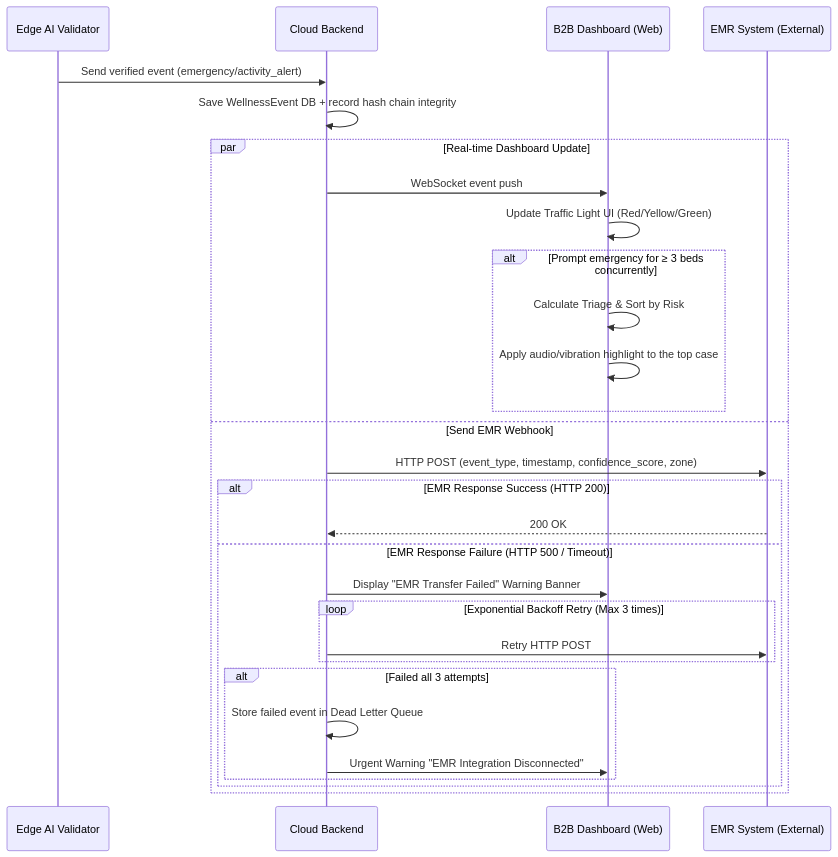
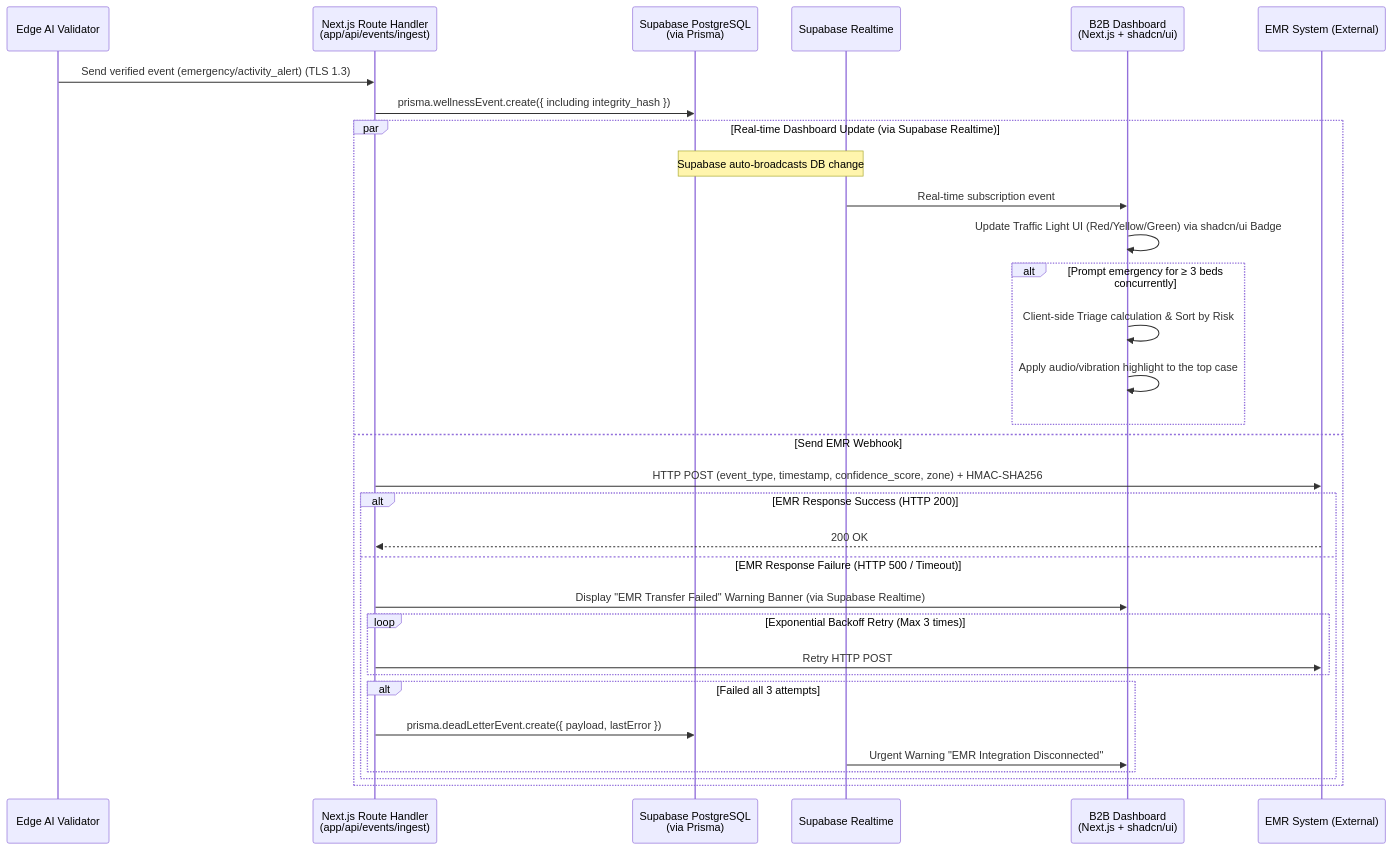
One commit to bugsmile/SRS-from-PRD_AmbieCARE changed the fourth of 11 diagrams in SRS-Draft/SRS_v01(ENG_OPUS).md. Above: the diagram before and after it, drawn with Mermaid. The commit also changed other lines of this file and 4 other files, not shown here.

````diff
--- a/SRS-Draft/SRS_v01(ENG_OPUS).md
+++ b/SRS-Draft/SRS_v01(ENG_OPUS).md
@@ -281,33 +349,36 @@
 ```mermaid
 sequenceDiagram
     participant E as Edge AI Validator
-    participant C as Cloud Backend
-    participant D as B2B Dashboard (Web)
+    participant API as Next.js Route Handler<br/>(app/api/events/ingest)
+    participant DB as Supabase PostgreSQL<br/>(via Prisma)
+    participant RT as Supabase Realtime
+    participant D as B2B Dashboard<br/>(Next.js + shadcn/ui)
     participant EMR as EMR System (External)
 
-    E->>C: Send verified event (emergency/activity_alert)
-    C->>C: Save WellnessEvent DB + record hash chain integrity
+    E->>API: Send verified event (emergency/activity_alert) (TLS 1.3)
+    API->>DB: prisma.wellnessEvent.create({ including integrity_hash })
 
-    par Real-time Dashboard Update
-        C->>D: WebSocket event push
-        D->>D: Update Traffic Light UI (Red/Yellow/Green)
+    par Real-time Dashboard Update (via Supabase Realtime)
+        Note over DB,RT: Supabase auto-broadcasts DB change
+        RT->>D: Real-time subscription event
+        D->>D: Update Traffic Light UI (Red/Yellow/Green) via shadcn/ui Badge
         alt Prompt emergency for ≥ 3 beds concurrently
-            D->>D: Calculate Triage & Sort by Risk
+            D->>D: Client-side Triage calculation & Sort by Risk
             D->>D: Apply audio/vibration highlight to the top case
         end
     and Send EMR Webhook
-        C->>EMR: HTTP POST (event_type, timestamp, confidence_score, zone)
+        API->>EMR: HTTP POST (event_type, timestamp, confidence_score, zone) + HMAC-SHA256
         alt EMR Response Success (HTTP 200)
-            EMR-->>C: 200 OK
+            EMR-->>API: 200 OK
         else EMR Response Failure (HTTP 500 / Timeout)
-            C->>D: Display "EMR Transfer Failed" Warning Banner
+            API->>D: Display "EMR Transfer Failed" Warning Banner (via Supabase Realtime)
             loop Exponential Backoff Retry (Max 3 times)
-                C->>EMR: Retry HTTP POST
+                API->>EMR: Retry HTTP POST
             end
             alt Failed all 3 attempts
-                C->>C: Store failed event in Dead Letter Queue
-                C->>D: Urgent Warning "EMR Integration Disconnected"
+                API->>DB: prisma.deadLetterEvent.create({ payload, lastError })
+                RT->>D: Urgent Warning "EMR Integration Disconnected"
             end
         end
     end
 ```
````
